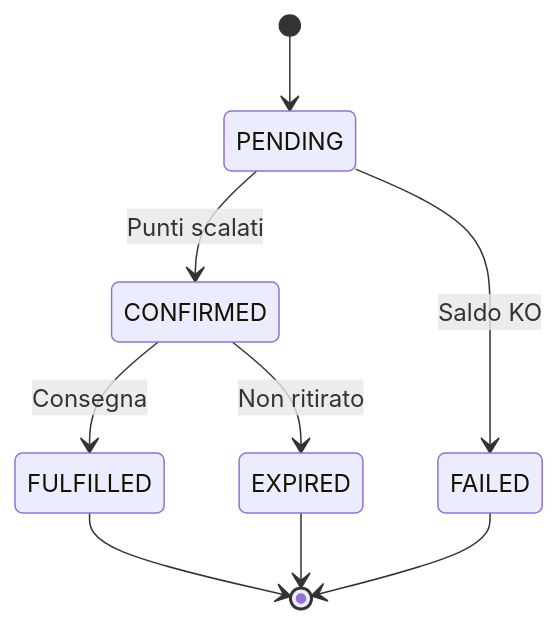
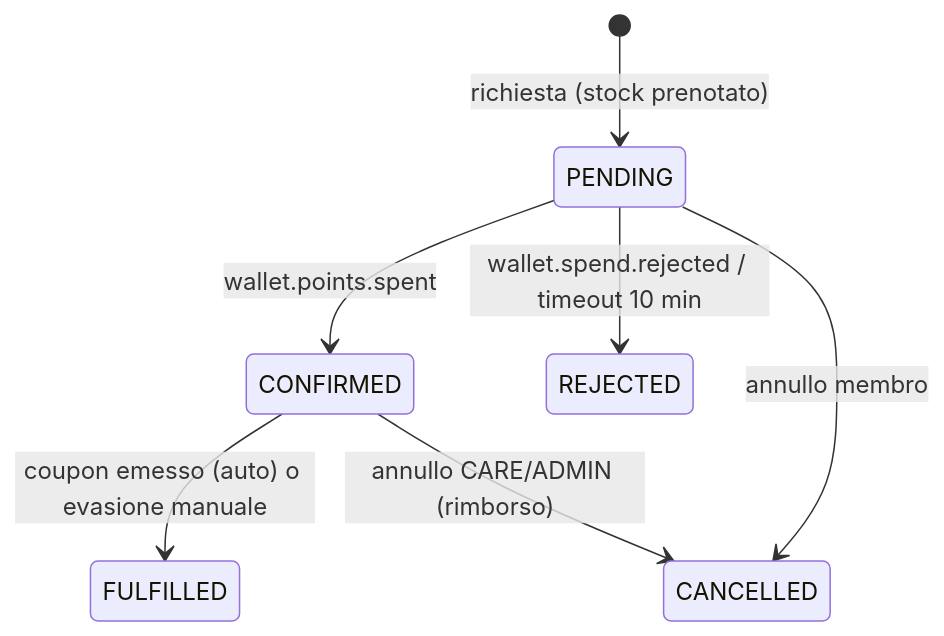
Before and after one commit to peppe-ruv/Loyalty_Sys: the second of 4 diagrams in concetti/premi-e-gioco.mdx, drawn with Mermaid. The commit also changed other lines of this file and 20 other files, not shown here.

````diff
--- a/concetti/premi-e-gioco.mdx
+++ b/concetti/premi-e-gioco.mdx
@@ -103,14 +94,11 @@
 ```mermaid
 stateDiagram-v2
-  accTitle: Stati richiesta premio
-  accDescr: Evoluzione della redemption
-
-  [*] --> PENDING
-  PENDING --> CONFIRMED: Punti scalati
-  PENDING --> FAILED: Saldo KO
-  CONFIRMED --> FULFILLED: Consegna
-  CONFIRMED --> EXPIRED: Non ritirato
-  FULFILLED --> [*]
-  FAILED --> [*]
-  EXPIRED --> [*]
+  accTitle: Ciclo di vita di una richiesta premio
+  accDescr: Una richiesta premio nasce in attesa con lo stock prenotato; diventa confermata quando il wallet spende i punti, poi evasa; è rifiutata per saldo insufficiente o timeout; si annulla dal membro in attesa o da CARE con rimborso dopo la conferma.
+  [*] --> PENDING: richiesta (stock prenotato)
+  PENDING --> CONFIRMED: wallet.points.spent
+  PENDING --> REJECTED: wallet.spend.rejected / timeout 10 min
+  CONFIRMED --> FULFILLED: coupon emesso (auto) o evasione manuale
+  CONFIRMED --> CANCELLED: annullo CARE/ADMIN (rimborso)
+  PENDING --> CANCELLED: annullo membro
 ```
````
